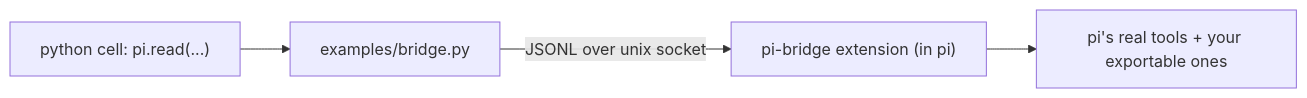
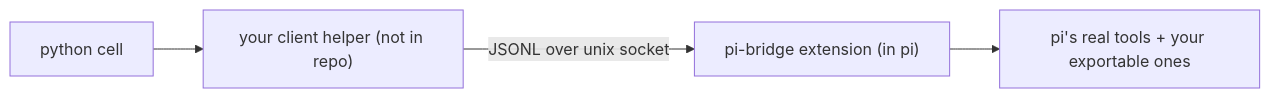
The diagram in README.md (k3-2o/pi-bridge), drawn with Mermaid before and after one commit. The commit also changed other lines of this file and 4 other files, not shown here.

Commit message:
Retire shipped helper: no client ships, protocol is the contract, e2e probes via raw socket

````diff
--- a/README.md
+++ b/README.md
@@ -8,6 +9,6 @@
 ```mermaid
 flowchart LR
-    cell["python cell: pi.read(...)"] --> helper["examples/bridge.py"]
-    helper -- "JSONL over unix socket" --> server["pi-bridge extension (in pi)"]
+    cell["python cell"] --> client["your client helper (not in repo)"]
+    client -- "JSONL over unix socket" --> server["pi-bridge extension (in pi)"]
     server --> tools["pi's real tools + your exportable ones"]
 ```
````
